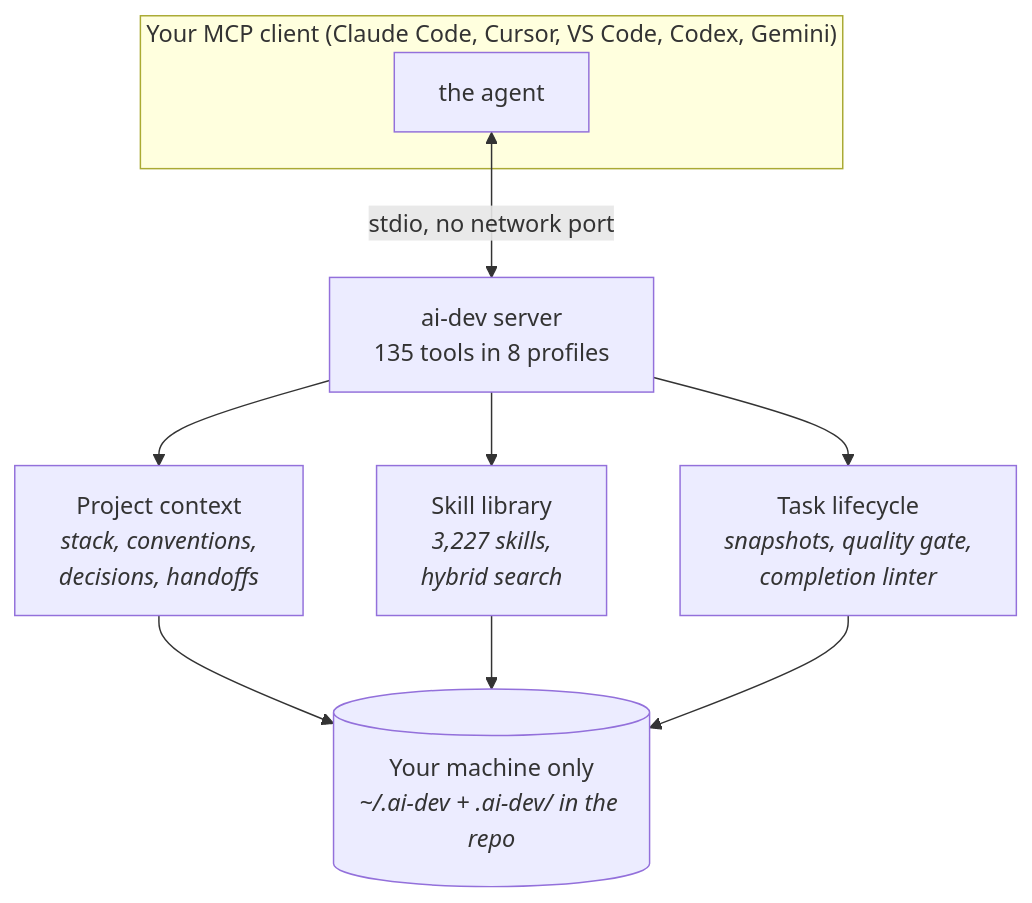
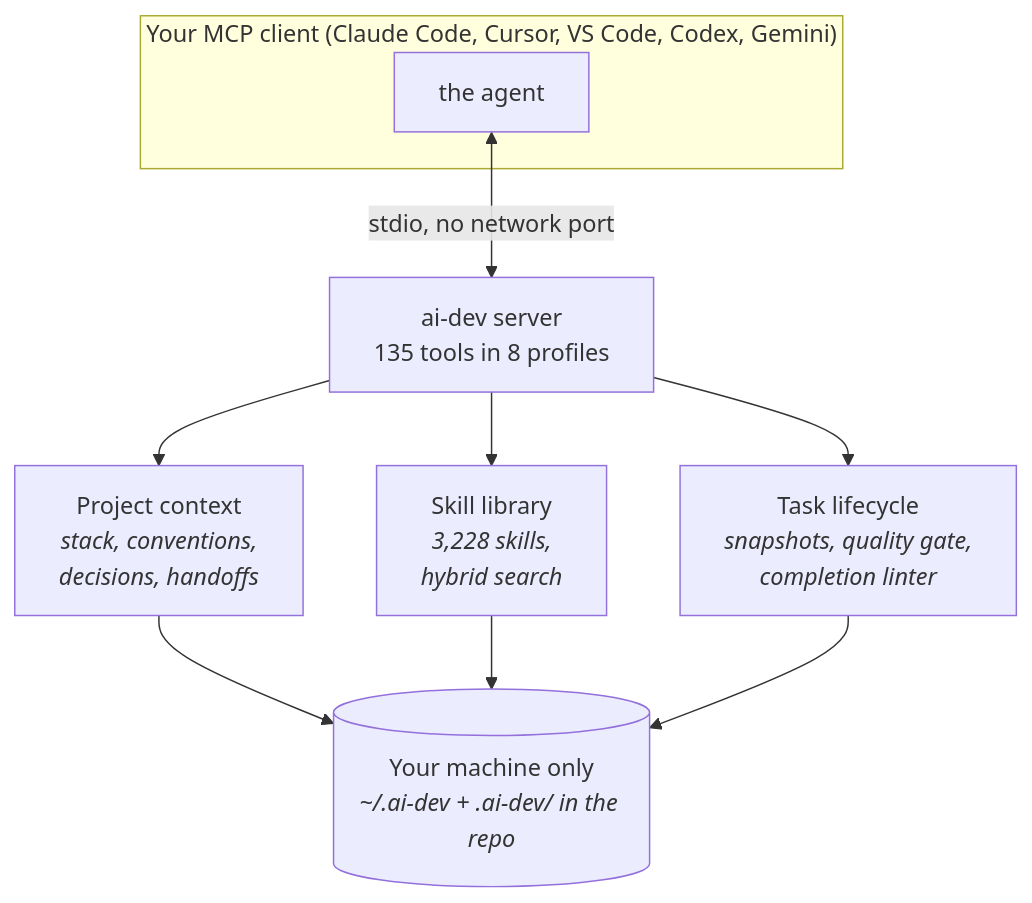
Before and after one commit to BreezeAreaSay/ai-dev-system: the second of 2 diagrams in README.md, drawn with Mermaid. The commit also changed other lines of this file and 12 other files, not shown here.

````diff
--- a/README.md
+++ b/README.md
@@ -131,11 +143,11 @@
 ```mermaid
 flowchart TB
     subgraph client["Your MCP client (Claude Code, Cursor, VS Code, Codex, Gemini)"]
         agent["the agent"]
     end
     agent <-->|stdio, no network port| server["ai-dev server<br/>135 tools in 8 profiles"]
     server --> ctx["Project context<br/><i>stack, conventions,<br/>decisions, handoffs</i>"]
-    server --> skills["Skill library<br/><i>3,227 skills,<br/>hybrid search</i>"]
+    server --> skills["Skill library<br/><i>3,228 skills,<br/>hybrid search</i>"]
     server --> life["Task lifecycle<br/><i>snapshots, quality gate,<br/>completion linter</i>"]
     ctx & skills & life --> disk[("Your machine only<br/><i>~/.ai-dev + .ai-dev/ in the repo</i>")]
 ```
````
